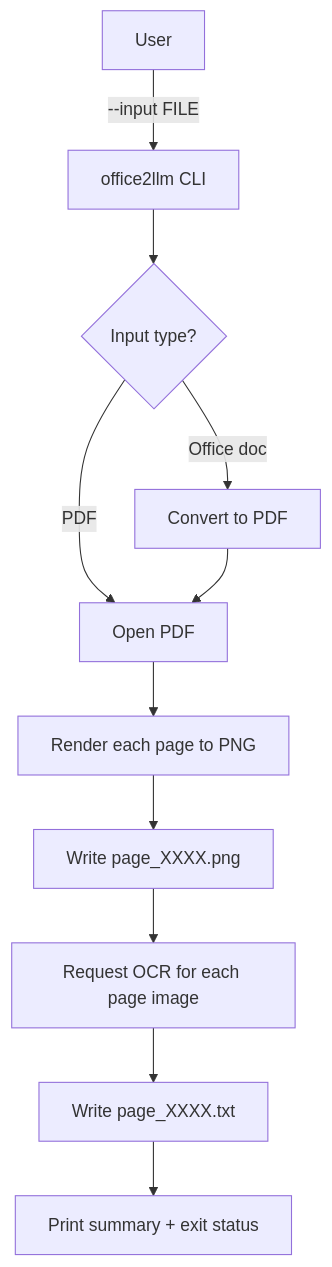
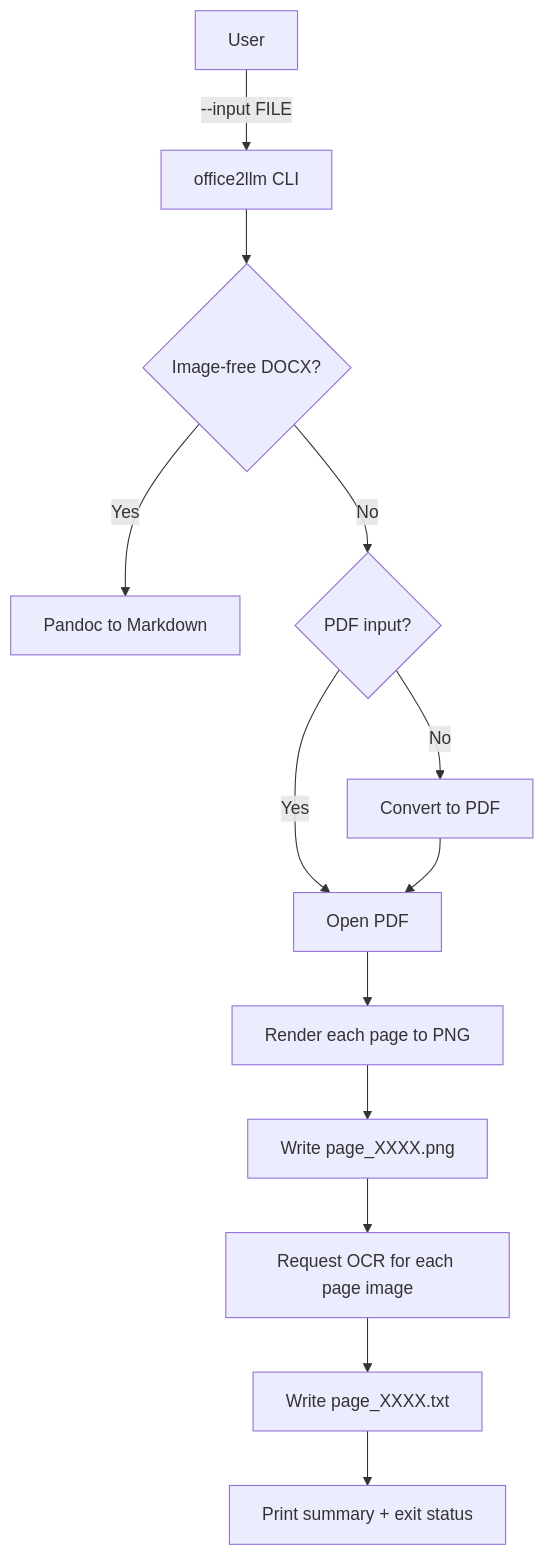
The first of 3 diagrams in ARCHITECTURE.md (vincenzodomina/office2llm), drawn with Mermaid before and after one commit. The commit also changed other lines of this file and 9 other files, not shown here.

Commit message:
feat: add pandoc docx conversion path, without api key

````diff
--- a/ARCHITECTURE.md
+++ b/ARCHITECTURE.md
@@ -22,13 +27,15 @@
 ```mermaid
 flowchart TD
   U[User] -->|--input FILE| CLI[office2llm CLI]
-  CLI --> T{Input type?}
-  T -->|Office doc| C[Convert to PDF]
-  T -->|PDF| P[Open PDF]
+  CLI --> T{Image-free DOCX?}
+  T -->|Yes| M[Pandoc to Markdown]
+  T -->|No| K{PDF input?}
+  K -->|No| C[Convert to PDF]
+  K -->|Yes| P[Open PDF]
   C --> P
   P --> R[Render each page to PNG]
   R --> W1[Write page_XXXX.png]
   W1 --> O[Request OCR for each page image]
   O --> W2[Write page_XXXX.txt]
   W2 --> S[Print summary + exit status]
 ```
````
